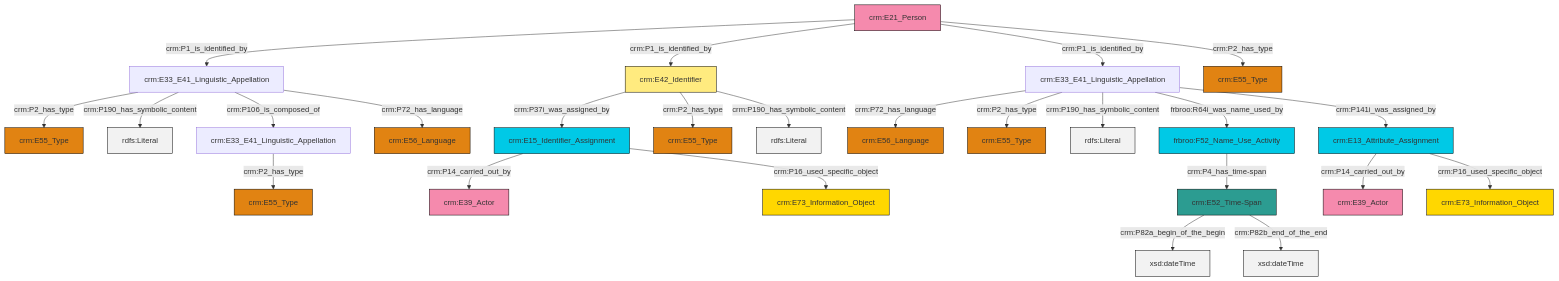
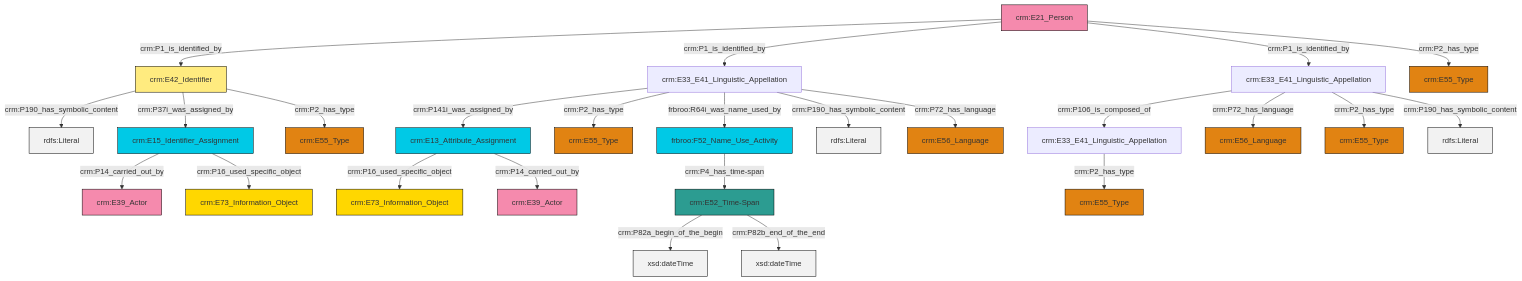
Before and after one commit to swiss-art-research-net/reference-data-models: the diagram in et/personCSV/ttl/mmd/Person_Names_and_Classification.ttl.mmd, drawn with Mermaid. The commit also changed 126 other files, not shown here.

```diff
--- a/et/personCSV/ttl/mmd/Person_Names_and_Classification.ttl.mmd
+++ b/et/personCSV/ttl/mmd/Person_Names_and_Classification.ttl.mmd
@@ -1,39 +1,39 @@
 graph TD
 classDef Literal fill:#f2f2f2,stroke:#000000;
 classDef CRM_Entity fill:#FFFFFF,stroke:#000000;
 classDef Temporal_Entity fill:#00C9E6, stroke:#000000;
 classDef Type fill:#E18312, stroke:#000000;
 classDef Time-Span fill:#2C9C91, stroke:#000000;
 classDef Appellation fill:#FFEB7F, stroke:#000000;
 classDef Place fill:#008836, stroke:#000000;
 classDef Persistent_Item fill:#B266B2, stroke:#000000;
 classDef Conceptual_Object fill:#FFD700, stroke:#000000;
 classDef Physical_Thing fill:#D2B48C, stroke:#000000;
 classDef Actor fill:#f58aad, stroke:#000000;
 classDef PC_Classes fill:#4ce600, stroke:#000000;
 classDef Multi fill:#cccccc,stroke:#000000;
 
-0["crm:E21_Person"]:::Actor -->|crm:P1_is_identified_by| 4["crm:E33_E41_Linguistic_Appellation"]:::Default
-5["crm:E15_Identifier_Assignment"]:::Temporal_Entity -->|crm:P14_carried_out_by| 6["crm:E39_Actor"]:::Actor
-9["crm:E33_E41_Linguistic_Appellation"]:::Default -->|crm:P72_has_language| 10["crm:E56_Language"]:::Type
-4["crm:E33_E41_Linguistic_Appellation"]:::Default -->|crm:P2_has_type| 13["crm:E55_Type"]:::Type
-0["crm:E21_Person"]:::Actor -->|crm:P1_is_identified_by| 14["crm:E42_Identifier"]:::Appellation
-2["frbroo:F52_Name_Use_Activity"]:::Temporal_Entity -->|crm:P4_has_time-span| 15["crm:E52_Time-Span"]:::Time-Span
-0["crm:E21_Person"]:::Actor -->|crm:P1_is_identified_by| 9["crm:E33_E41_Linguistic_Appellation"]:::Default
-4["crm:E33_E41_Linguistic_Appellation"]:::Default -->|crm:P190_has_symbolic_content| 22[rdfs:Literal]:::Literal
-23["crm:E33_E41_Linguistic_Appellation"]:::Default -->|crm:P2_has_type| 20["crm:E55_Type"]:::Type
-15["crm:E52_Time-Span"]:::Time-Span -->|crm:P82a_begin_of_the_begin| 24[xsd:dateTime]:::Literal
-5["crm:E15_Identifier_Assignment"]:::Temporal_Entity -->|crm:P16_used_specific_object| 7["crm:E73_Information_Object"]:::Conceptual_Object
-9["crm:E33_E41_Linguistic_Appellation"]:::Default -->|crm:P2_has_type| 26["crm:E55_Type"]:::Type
-9["crm:E33_E41_Linguistic_Appellation"]:::Default -->|crm:P190_has_symbolic_content| 28[rdfs:Literal]:::Literal
-14["crm:E42_Identifier"]:::Appellation -->|crm:P37i_was_assigned_by| 5["crm:E15_Identifier_Assignment"]:::Temporal_Entity
-4["crm:E33_E41_Linguistic_Appellation"]:::Default -->|crm:P106_is_composed_of| 23["crm:E33_E41_Linguistic_Appellation"]:::Default
-29["crm:E13_Attribute_Assignment"]:::Temporal_Entity -->|crm:P14_carried_out_by| 16["crm:E39_Actor"]:::Actor
-29["crm:E13_Attribute_Assignment"]:::Temporal_Entity -->|crm:P16_used_specific_object| 18["crm:E73_Information_Object"]:::Conceptual_Object
-9["crm:E33_E41_Linguistic_Appellation"]:::Default -->|frbroo:R64i_was_name_used_by| 2["frbroo:F52_Name_Use_Activity"]:::Temporal_Entity
-14["crm:E42_Identifier"]:::Appellation -->|crm:P2_has_type| 11["crm:E55_Type"]:::Type
-4["crm:E33_E41_Linguistic_Appellation"]:::Default -->|crm:P72_has_language| 34["crm:E56_Language"]:::Type
-0["crm:E21_Person"]:::Actor -->|crm:P2_has_type| 38["crm:E55_Type"]:::Type
-9["crm:E33_E41_Linguistic_Appellation"]:::Default -->|crm:P141i_was_assigned_by| 29["crm:E13_Attribute_Assignment"]:::Temporal_Entity
-14["crm:E42_Identifier"]:::Appellation -->|crm:P190_has_symbolic_content| 42[rdfs:Literal]:::Literal
-15["crm:E52_Time-Span"]:::Time-Span -->|crm:P82b_end_of_the_end| 45[xsd:dateTime]:::Literal
+2["crm:E33_E41_Linguistic_Appellation"]:::Default -->|crm:P141i_was_assigned_by| 3["crm:E13_Attribute_Assignment"]:::Temporal_Entity
+4["crm:E33_E41_Linguistic_Appellation"]:::Default -->|crm:P106_is_composed_of| 5["crm:E33_E41_Linguistic_Appellation"]:::Default
+8["crm:E42_Identifier"]:::Appellation -->|crm:P190_has_symbolic_content| 9[rdfs:Literal]:::Literal
+10["crm:E21_Person"]:::Actor -->|crm:P1_is_identified_by| 8["crm:E42_Identifier"]:::Appellation
+2["crm:E33_E41_Linguistic_Appellation"]:::Default -->|crm:P2_has_type| 13["crm:E55_Type"]:::Type
+10["crm:E21_Person"]:::Actor -->|crm:P1_is_identified_by| 2["crm:E33_E41_Linguistic_Appellation"]:::Default
+14["frbroo:F52_Name_Use_Activity"]:::Temporal_Entity -->|crm:P4_has_time-span| 15["crm:E52_Time-Span"]:::Time-Span
+15["crm:E52_Time-Span"]:::Time-Span -->|crm:P82a_begin_of_the_begin| 21[xsd:dateTime]:::Literal
+15["crm:E52_Time-Span"]:::Time-Span -->|crm:P82b_end_of_the_end| 25[xsd:dateTime]:::Literal
+5["crm:E33_E41_Linguistic_Appellation"]:::Default -->|crm:P2_has_type| 16["crm:E55_Type"]:::Type
+8["crm:E42_Identifier"]:::Appellation -->|crm:P37i_was_assigned_by| 11["crm:E15_Identifier_Assignment"]:::Temporal_Entity
+4["crm:E33_E41_Linguistic_Appellation"]:::Default -->|crm:P72_has_language| 28["crm:E56_Language"]:::Type
+3["crm:E13_Attribute_Assignment"]:::Temporal_Entity -->|crm:P16_used_specific_object| 18["crm:E73_Information_Object"]:::Conceptual_Object
+4["crm:E33_E41_Linguistic_Appellation"]:::Default -->|crm:P2_has_type| 29["crm:E55_Type"]:::Type
+4["crm:E33_E41_Linguistic_Appellation"]:::Default -->|crm:P190_has_symbolic_content| 32[rdfs:Literal]:::Literal
+2["crm:E33_E41_Linguistic_Appellation"]:::Default -->|frbroo:R64i_was_name_used_by| 14["frbroo:F52_Name_Use_Activity"]:::Temporal_Entity
+11["crm:E15_Identifier_Assignment"]:::Temporal_Entity -->|crm:P14_carried_out_by| 33["crm:E39_Actor"]:::Actor
+3["crm:E13_Attribute_Assignment"]:::Temporal_Entity -->|crm:P14_carried_out_by| 0["crm:E39_Actor"]:::Actor
+8["crm:E42_Identifier"]:::Appellation -->|crm:P2_has_type| 36["crm:E55_Type"]:::Type
+10["crm:E21_Person"]:::Actor -->|crm:P1_is_identified_by| 4["crm:E33_E41_Linguistic_Appellation"]:::Default
+10["crm:E21_Person"]:::Actor -->|crm:P2_has_type| 42["crm:E55_Type"]:::Type
+11["crm:E15_Identifier_Assignment"]:::Temporal_Entity -->|crm:P16_used_specific_object| 6["crm:E73_Information_Object"]:::Conceptual_Object
+2["crm:E33_E41_Linguistic_Appellation"]:::Default -->|crm:P190_has_symbolic_content| 43[rdfs:Literal]:::Literal
+2["crm:E33_E41_Linguistic_Appellation"]:::Default -->|crm:P72_has_language| 38["crm:E56_Language"]:::Type
```
